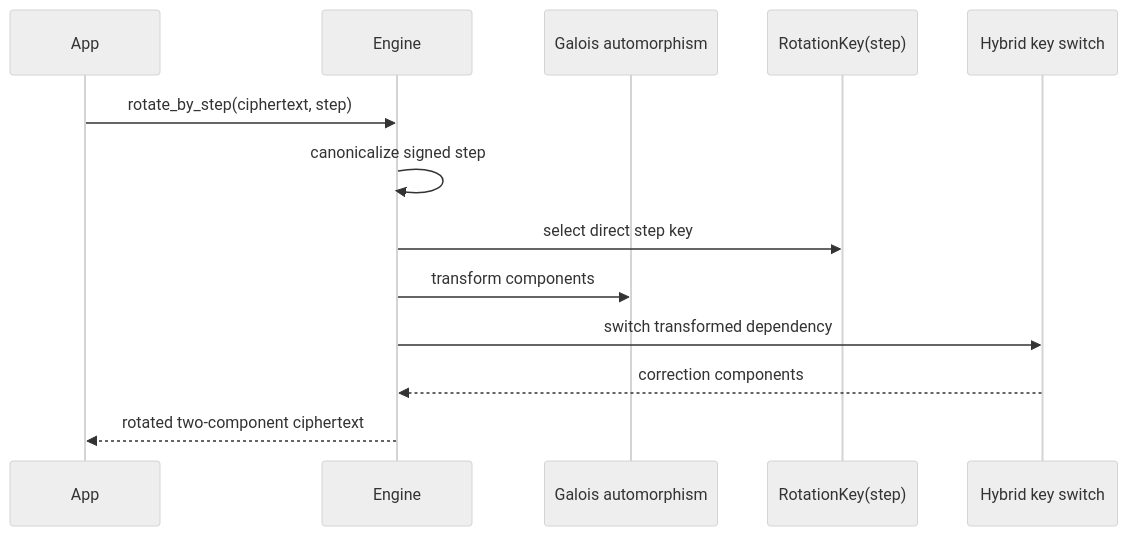
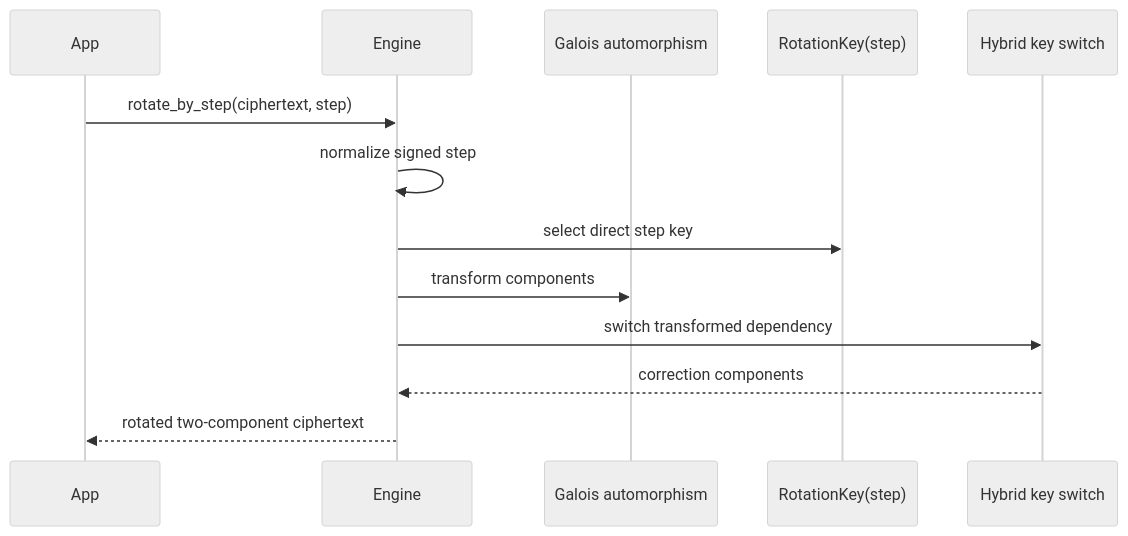
Before and after one commit to visualDust/fhelium: the fifth of 5 diagrams in docs/concepts/ckks/evaluator-operation-transitions.md, drawn with Mermaid (neutral theme). The commit also changed other lines of this file and 612 other files, not shown here.

Commit message:
Introduce several architecture changes and support Windows native build

````diff
--- a/docs/concepts/ckks/evaluator-operation-transitions.md
+++ b/docs/concepts/ckks/evaluator-operation-transitions.md
@@ -162,16 +240,16 @@
 ```mermaid
 sequenceDiagram
     participant App
     participant Engine
     participant Auto as Galois automorphism
     participant Key as RotationKey(step)
     participant KS as Hybrid key switch
 
     App->>Engine: rotate_by_step(ciphertext, step)
-    Engine->>Engine: canonicalize signed step
+    Engine->>Engine: normalize signed step
     Engine->>Key: select direct step key
     Engine->>Auto: transform components
     Engine->>KS: switch transformed dependency
     KS-->>Engine: correction components
     Engine-->>App: rotated two-component ciphertext
 ```
````
